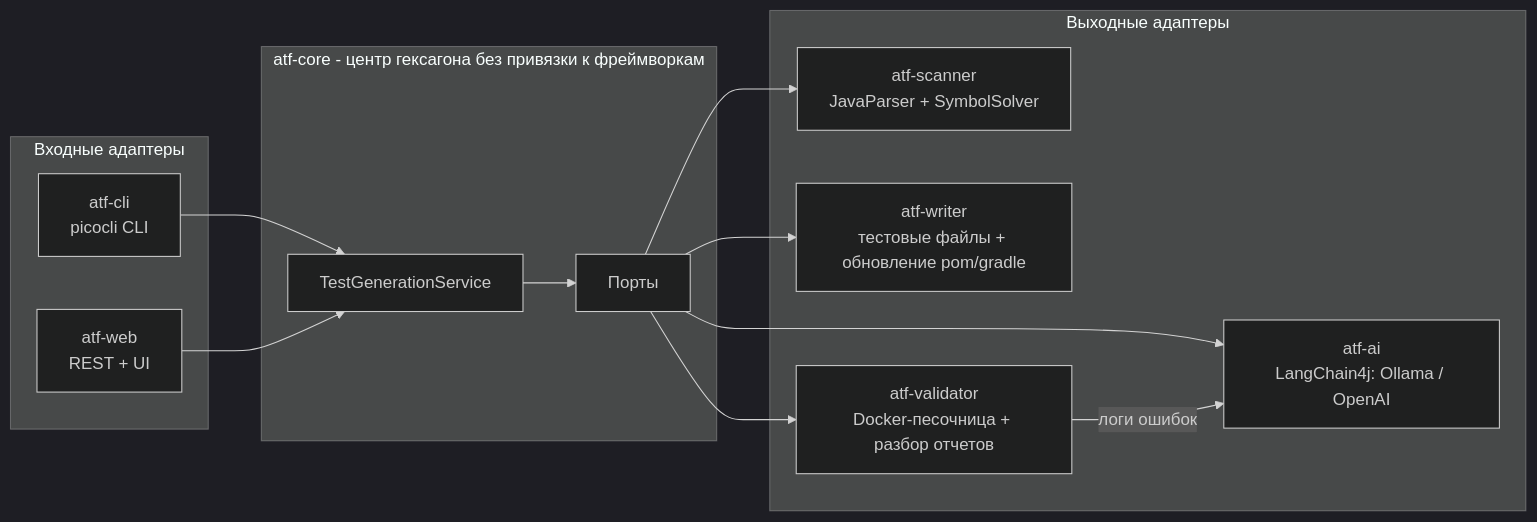
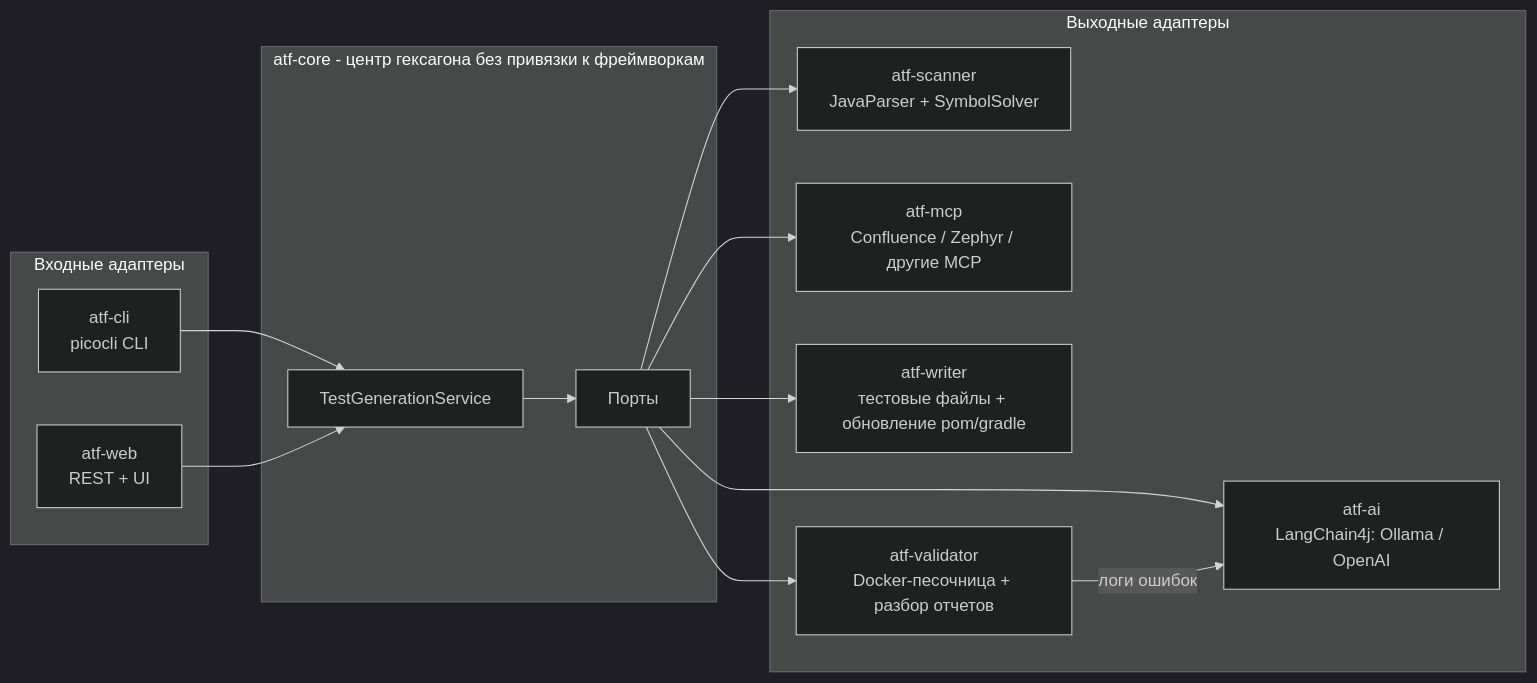
One commit to Shchepetkov/AutoTestForge changed the diagram in README.md. Above: the diagram before and after it, drawn with Mermaid (dark theme). The commit also changed other lines of this file and 32 other files, not shown here.

````diff
--- a/README.md
+++ b/README.md
@@ -14,25 +14,27 @@
 ```mermaid
 flowchart LR
     subgraph driving [Входные адаптеры]
         CLI[atf-cli<br>picocli CLI]
         WEB[atf-web<br>REST + UI]
     end
     subgraph core [atf-core - центр гексагона без привязки к фреймворкам]
         UC[TestGenerationService]
         PORTS[Порты]
     end
     subgraph driven [Выходные адаптеры]
         SCAN[atf-scanner<br>JavaParser + SymbolSolver]
+        MCP[atf-mcp<br>Confluence / Zephyr / другие MCP]
         AI[atf-ai<br>LangChain4j: Ollama / OpenAI]
         WRITE[atf-writer<br>тестовые файлы + обновление pom/gradle]
         VAL[atf-validator<br>Docker-песочница + разбор отчетов]
     end
     CLI --> UC
     WEB --> UC
     UC --> PORTS
     PORTS --> SCAN
+    PORTS --> MCP
     PORTS --> AI
     PORTS --> WRITE
     PORTS --> VAL
     VAL -->|логи ошибок| AI
 ```
````
